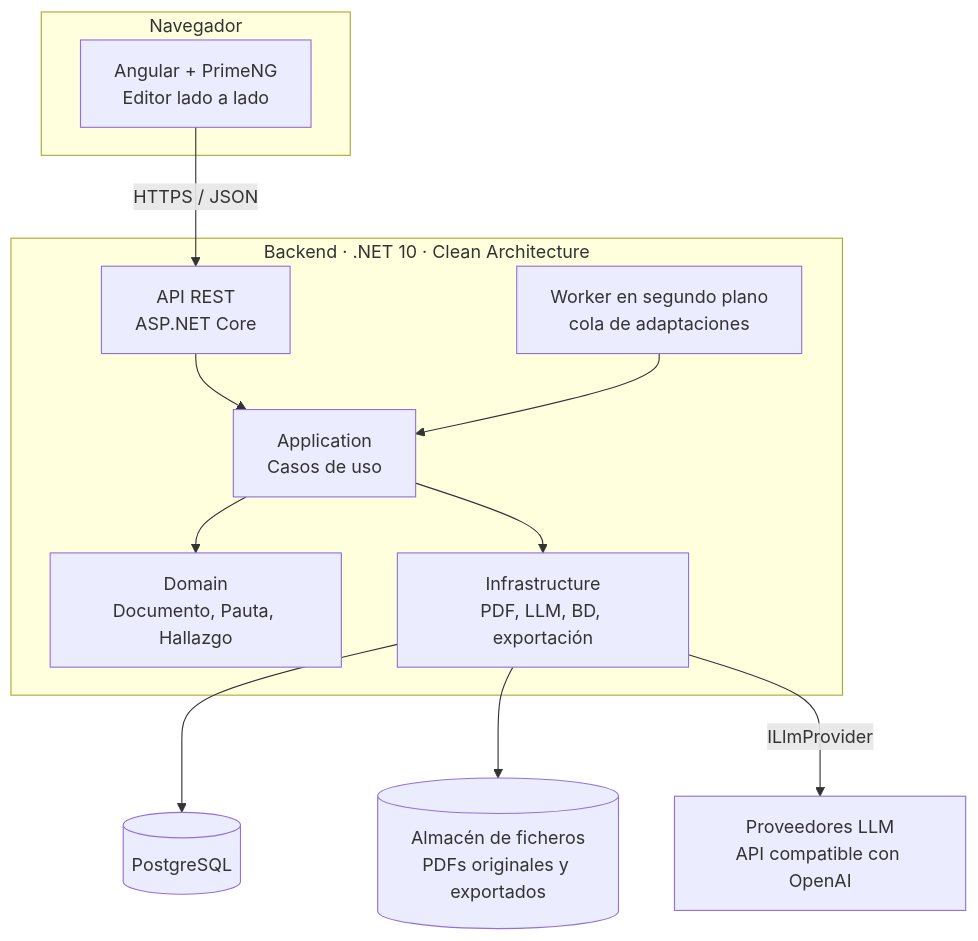
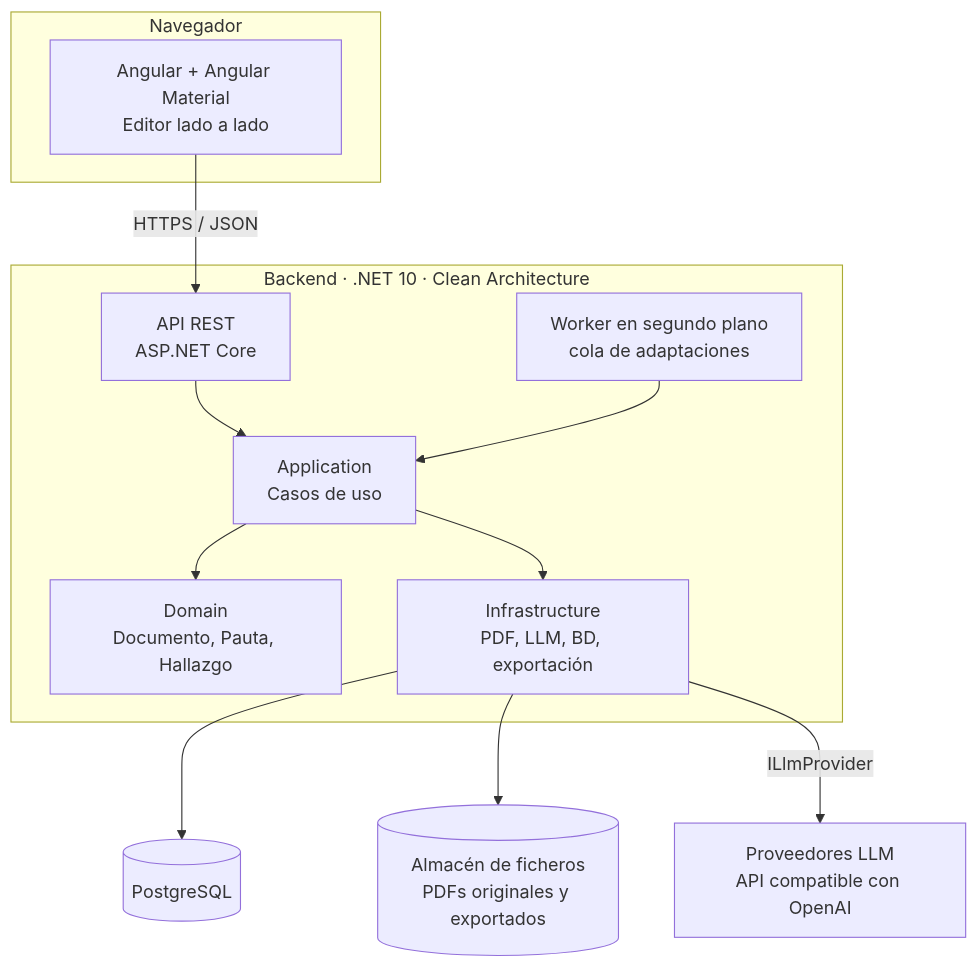
Before and after one commit to DavidMartinCasas/lectura-facil-ia: the fourth of 19 diagrams in docs/TFM-Lectura-Facil.md, drawn with Mermaid. The commit also changed other lines of this file and 85 other files, not shown here.

````diff
--- a/docs/TFM-Lectura-Facil.md
+++ b/docs/TFM-Lectura-Facil.md
@@ -260,27 +260,27 @@
 ```mermaid
 flowchart TB
     subgraph cliente["Navegador"]
-        web["Angular + PrimeNG<br/>Editor lado a lado"]
+        web["Angular + Angular Material<br/>Editor lado a lado"]
     end
 
     subgraph backend["Backend · .NET 10 · Clean Architecture"]
         api["API REST<br/>ASP.NET Core"]
         app["Application<br/>Casos de uso"]
         dom["Domain<br/>Documento, Pauta, Hallazgo"]
         infra["Infrastructure<br/>PDF, LLM, BD, exportación"]
         worker["Worker en segundo plano<br/>cola de adaptaciones"]
     end
 
     db[("PostgreSQL")]
     files[("Almacén de ficheros<br/>PDFs originales y exportados")]
     llm["Proveedores LLM<br/>API compatible con OpenAI"]
 
     web -- "HTTPS / JSON" --> api
     api --> app
     app --> dom
     app --> infra
     worker --> app
     infra --> db
     infra --> files
     infra -- "ILlmProvider" --> llm
 ```
````
